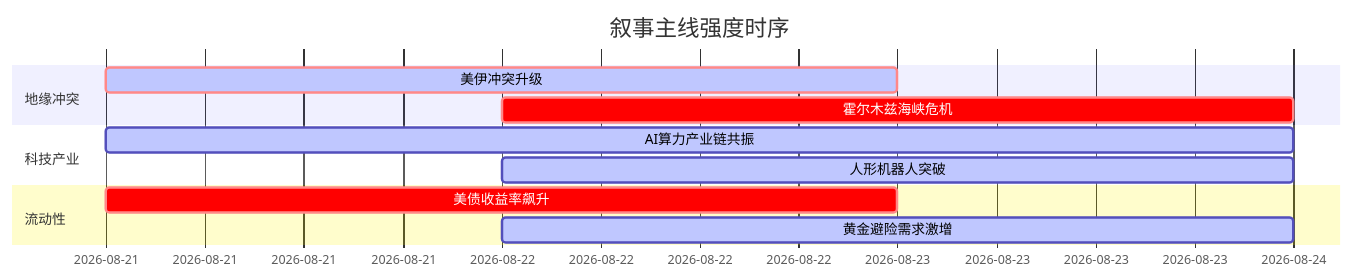
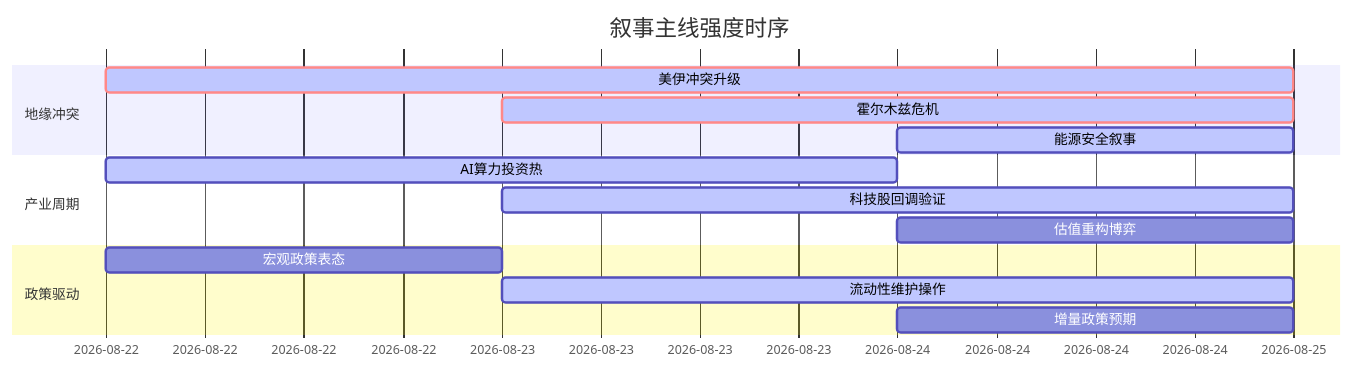
The diagram in 5day_report.md (uu5zn/uu5zn.github.io), drawn with Mermaid before and after one commit. The commit also changed other lines of this file and 24 other files, not shown here.

````diff
--- a/5day_report.md
+++ b/5day_report.md
@@ -58,16 +57,19 @@
 ```mermaid
 gantt
     title 叙事主线强度时序
     dateFormat YYYY-MM-DD
     section 地缘冲突
-    美伊冲突升级     :crit, active, 2026-08-21, 2d
-    霍尔木兹海峡危机  :crit, 2026-08-22, 2d
+    美伊冲突升级     :crit, active, 2026-08-22, 3d
+    霍尔木兹危机     :crit, active, 2026-08-23, 2d
+    能源安全叙事     :active, 2026-08-24, 1d
     
-    section 科技产业
-    AI算力产业链共振   :active, 2026-08-21, 3d
-    人形机器人突破    :active, 2026-08-22, 2d
+    section 产业周期
+    AI算力投资热     :active, 2026-08-22, 2d
+    科技股回调验证   :active, 2026-08-23, 2d
+    估值重构博弈     :2026-08-24, 1d
     
-    section 流动性
-    美债收益率飙升    :crit, 2026-08-21, 2d
-    黄金避险需求激增   :active, 2026-08-22, 2d
+    section 政策驱动
+    宏观政策表态     :2026-08-22, 1d
+    流动性维护操作   :active, 2026-08-23, 2d
+    增量政策预期     :2026-08-24, 1d
 ```
````
